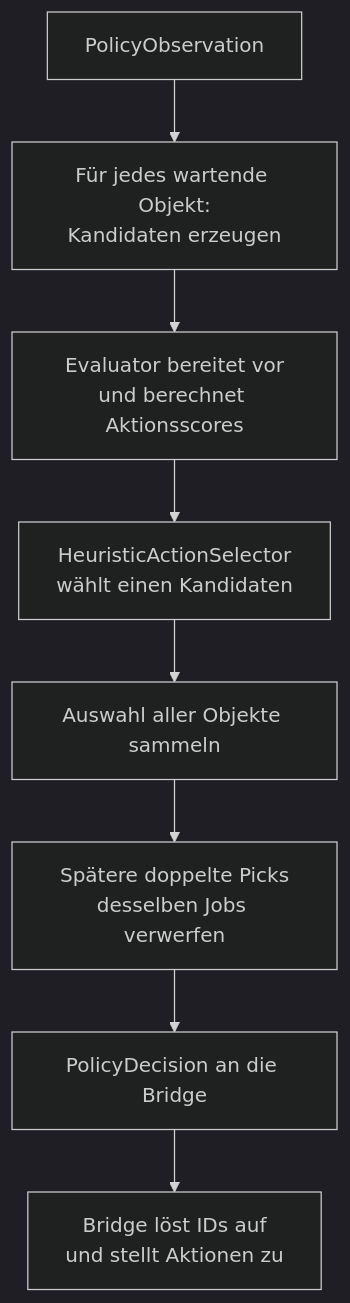
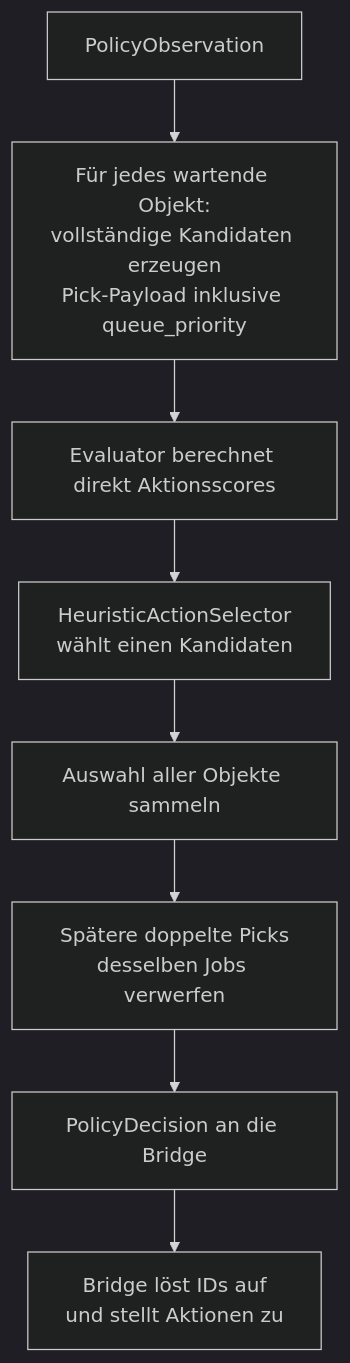
One commit to ghackenberg/SpineML changed the sixth of 14 diagrams in README.md. Above: the diagram before and after it, drawn with Mermaid (dark theme). The commit also changed other lines of this file and 8 other files, not shown here.

````diff
--- a/README.md
+++ b/README.md
@@ -1491,10 +1490,10 @@
 ```mermaid
 flowchart TD
-    A[PolicyObservation] --> B[Für jedes wartende Objekt:<br/>Kandidaten erzeugen]
-    B --> C[Evaluator bereitet vor<br/>und berechnet Aktionsscores]
+    A[PolicyObservation] --> B[Für jedes wartende Objekt:<br/>vollständige Kandidaten erzeugen<br/>Pick-Payload inklusive queue_priority]
+    B --> C[Evaluator berechnet direkt Aktionsscores]
     C --> D[HeuristicActionSelector<br/>wählt einen Kandidaten]
     D --> E[Auswahl aller Objekte sammeln]
     E --> F[Spätere doppelte Picks<br/>desselben Jobs verwerfen]
     F --> G[PolicyDecision an die Bridge]
     G --> H[Bridge löst IDs auf<br/>und stellt Aktionen zu]
 ```
````
